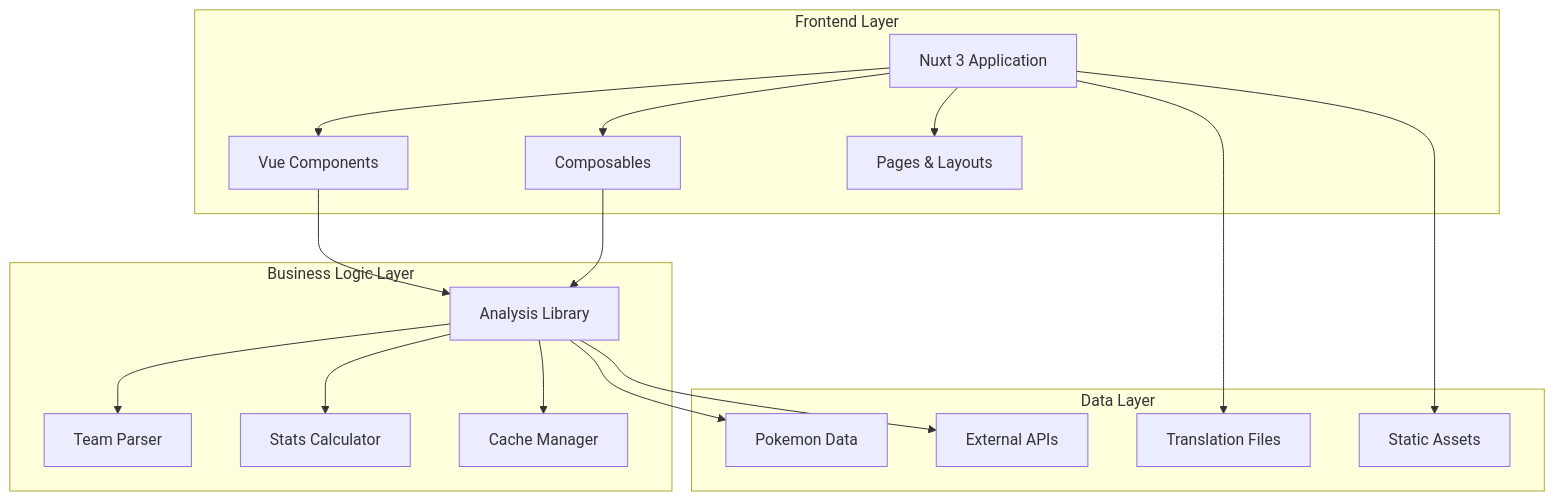
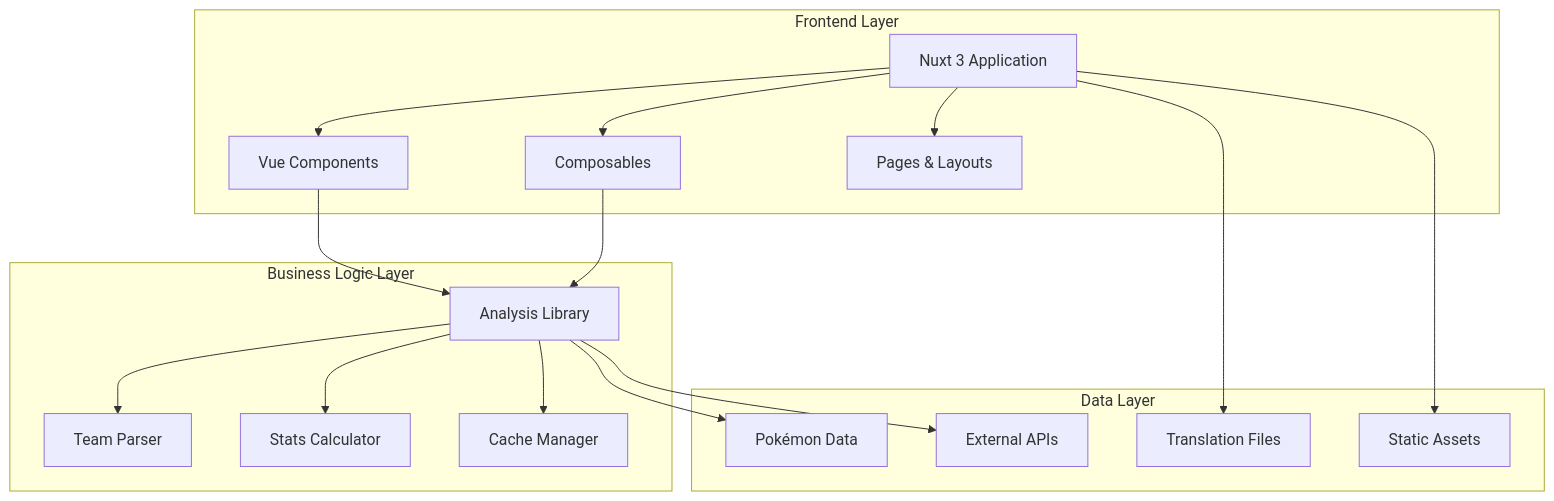
One commit to ten2ten2/pokemon-team-analysis changed the first of 2 diagrams in docs/ARCHITECTURE.md. Above: the diagram before and after it, drawn with Mermaid. The commit also changed other lines of this file and 10 other files, not shown here.

````diff
--- a/docs/ARCHITECTURE.md
+++ b/docs/ARCHITECTURE.md
@@ -9,36 +9,36 @@
 ```mermaid
 graph TB
     subgraph "Frontend Layer"
         A[Nuxt 3 Application]
         B[Vue Components]
         C[Composables]
         D[Pages & Layouts]
     end
 
     subgraph "Business Logic Layer"
         E[Analysis Library]
         F[Team Parser]
         G[Stats Calculator]
         H[Cache Manager]
     end
 
     subgraph "Data Layer"
-        I[Pokemon Data]
+        I[Pokémon Data]
         J[Translation Files]
         K[Static Assets]
         L[External APIs]
     end
 
     A --> B
     A --> C
     A --> D
     B --> E
     C --> E
     E --> F
     E --> G
     E --> H
     E --> I
     A --> J
     A --> K
     E --> L
 ```
````
